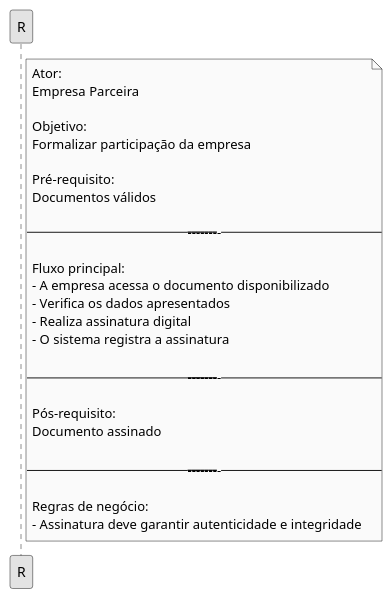
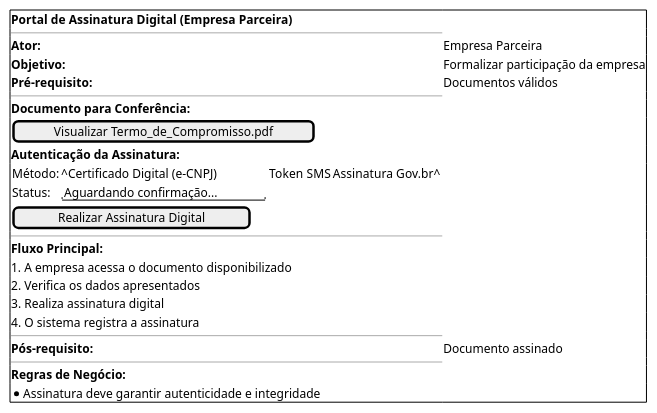
Before and after one commit to Projetos-de-Extensao/PBE_26.1_8001_VII: the ninth of 10 diagrams in docs/Iniciacao/prototipo_baixa_fidelidade.md, drawn with PlantUML. The commit also changed other lines of this file, not shown here.

````diff
--- a/docs/Iniciacao/prototipo_baixa_fidelidade.md
+++ b/docs/Iniciacao/prototipo_baixa_fidelidade.md
@@ -367,40 +287,32 @@
-```puml
-@startuml
-
-
-skinparam monochrome true
-skinparam shadowing false
-
-
-
-note right of R
-Ator:
-Empresa Parceira
-
-Objetivo:
-Formalizar participação da empresa
-
-Pré-requisito:
-Documentos válidos
-
-----------------------------------------
-
-Fluxo principal:
-- A empresa acessa o documento disponibilizado
-- Verifica os dados apresentados
-- Realiza assinatura digital
-- O sistema registra a assinatura
-
-----------------------------------------
-
-Pós-requisito:
-Documento assinado
-
-----------------------------------------
-
-Regras de negócio:
-- Assinatura deve garantir autenticidade e integridade
-end note
-
-@enduml
+```plantuml
+@startsalt
+{+
+  **Portal de Assinatura Digital (Empresa Parceira)**
+  --
+  **Ator:** | Empresa Parceira
+  **Objetivo:** | Formalizar participação da empresa
+  **Pré-requisito:** | Documentos válidos
+  --
+  **Documento para Conferência:**
+  [ Visualizar Termo_de_Compromisso.pdf ]
+  
+  **Autenticação da Assinatura:**
+  {
+    Método: | ^Certificado Digital (e-CNPJ) | Token SMS | Assinatura Gov.br^
+    Status: | "Aguardando confirmação..."
+  }
+  [ Realizar Assinatura Digital ]
+  --
+  **Fluxo Principal:**
+  1. A empresa acessa o documento disponibilizado
+  2. Verifica os dados apresentados
+  3. Realiza assinatura digital
+  4. O sistema registra a assinatura
+  --
+  **Pós-requisito:** | Documento assinado
+  --
+  **Regras de Negócio:**
+  * Assinatura deve garantir autenticidade e integridade
+}
+@endsalt
 ```
````
